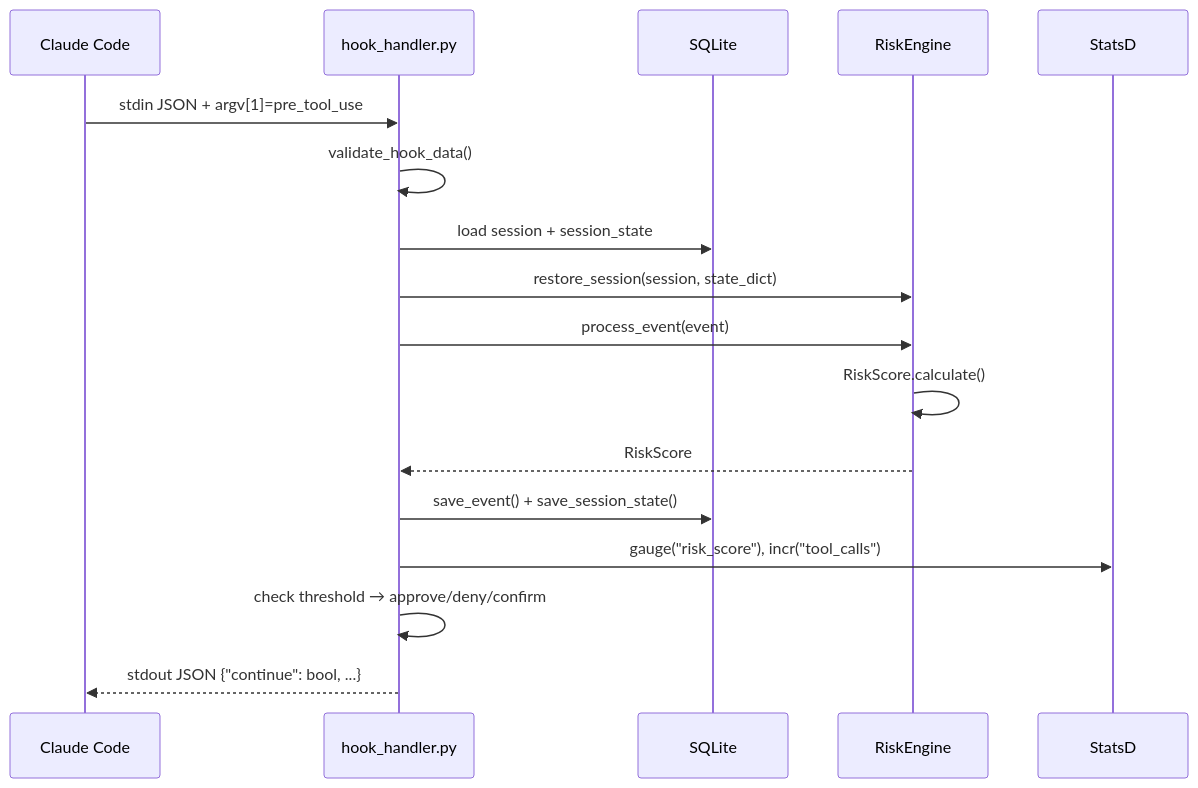
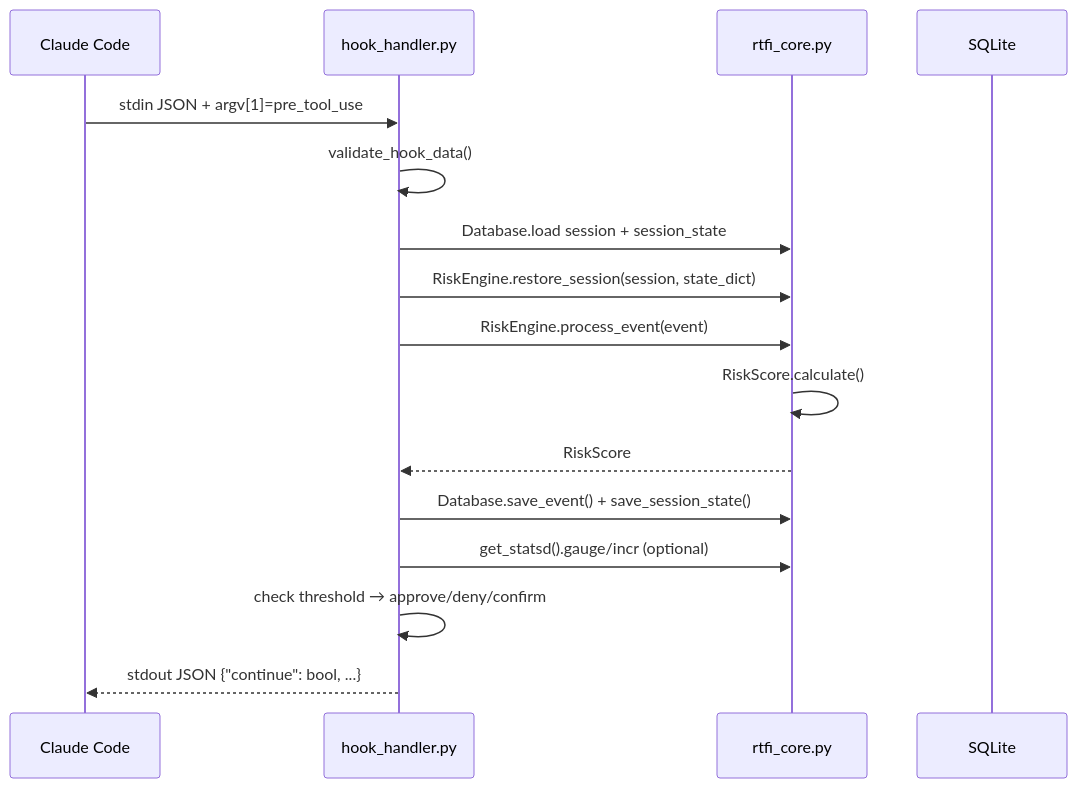
Before and after one commit to lcatlett/rtfi: the third of 4 diagrams in docs/ARCHITECTURE.md, drawn with Mermaid. The commit also changed other lines of this file and 4 other files, not shown here.

First line of the commit message:
docs: update architecture, README, and troubleshooting for v1.2.0

````diff
--- a/docs/ARCHITECTURE.md
+++ b/docs/ARCHITECTURE.md
@@ -73,20 +67,19 @@
 ```mermaid
 sequenceDiagram
     participant CC as Claude Code
     participant HH as hook_handler.py
+    participant RC as rtfi_core.py
     participant DB as SQLite
-    participant SE as RiskEngine
-    participant SD as StatsD
 
     CC->>HH: stdin JSON + argv[1]=pre_tool_use
     HH->>HH: validate_hook_data()
-    HH->>DB: load session + session_state
-    HH->>SE: restore_session(session, state_dict)
-    HH->>SE: process_event(event)
-    SE->>SE: RiskScore.calculate()
-    SE-->>HH: RiskScore
-    HH->>DB: save_event() + save_session_state()
-    HH->>SD: gauge("risk_score"), incr("tool_calls")
+    HH->>RC: Database.load session + session_state
+    HH->>RC: RiskEngine.restore_session(session, state_dict)
+    HH->>RC: RiskEngine.process_event(event)
+    RC->>RC: RiskScore.calculate()
+    RC-->>HH: RiskScore
+    HH->>RC: Database.save_event() + save_session_state()
+    HH->>RC: get_statsd().gauge/incr (optional)
     HH->>HH: check threshold → approve/deny/confirm
     HH-->>CC: stdout JSON {"continue": bool, ...}
 ```
````
